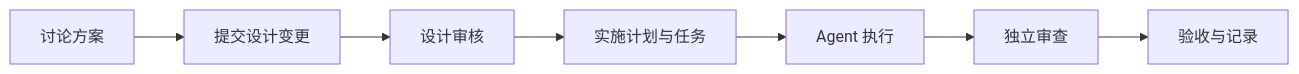
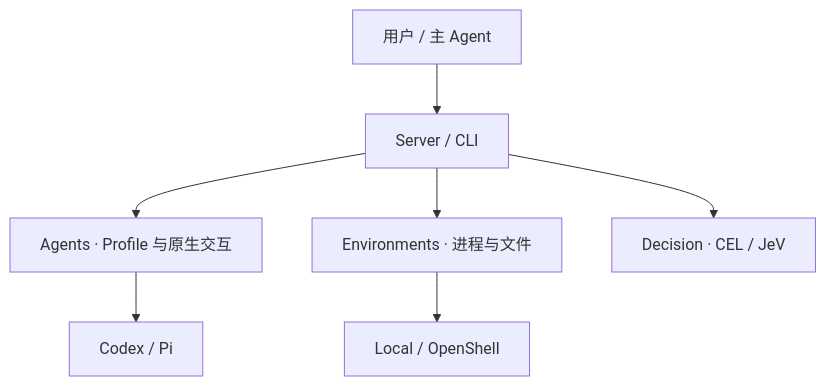
One commit to mmm-05610/ordessa changed the diagram in README.md. Above: the diagram before and after it, drawn with Mermaid. The commit also changed other lines of this file and 3 other files, not shown here.

````diff
--- a/README.md
+++ b/README.md
@@ -18,9 +21,9 @@
 ```mermaid
-flowchart LR
-    A[讨论方案] --> B[提交设计变更]
-    B --> C[设计审核]
-    C --> D[实施计划与任务]
-    D --> E[Agent 执行]
-    E --> F[独立审查]
-    F --> G[验收与记录]
+flowchart TB
+    C[用户 / 主 Agent] --> S[Server / CLI]
+    S --> A[Agents · Profile 与原生交互]
+    S --> E[Environments · 进程与文件]
+    S --> D[Decision · CEL / JeV]
+    A --> H[Codex / Pi]
+    E --> R[Local / OpenShell]
 ```
````
